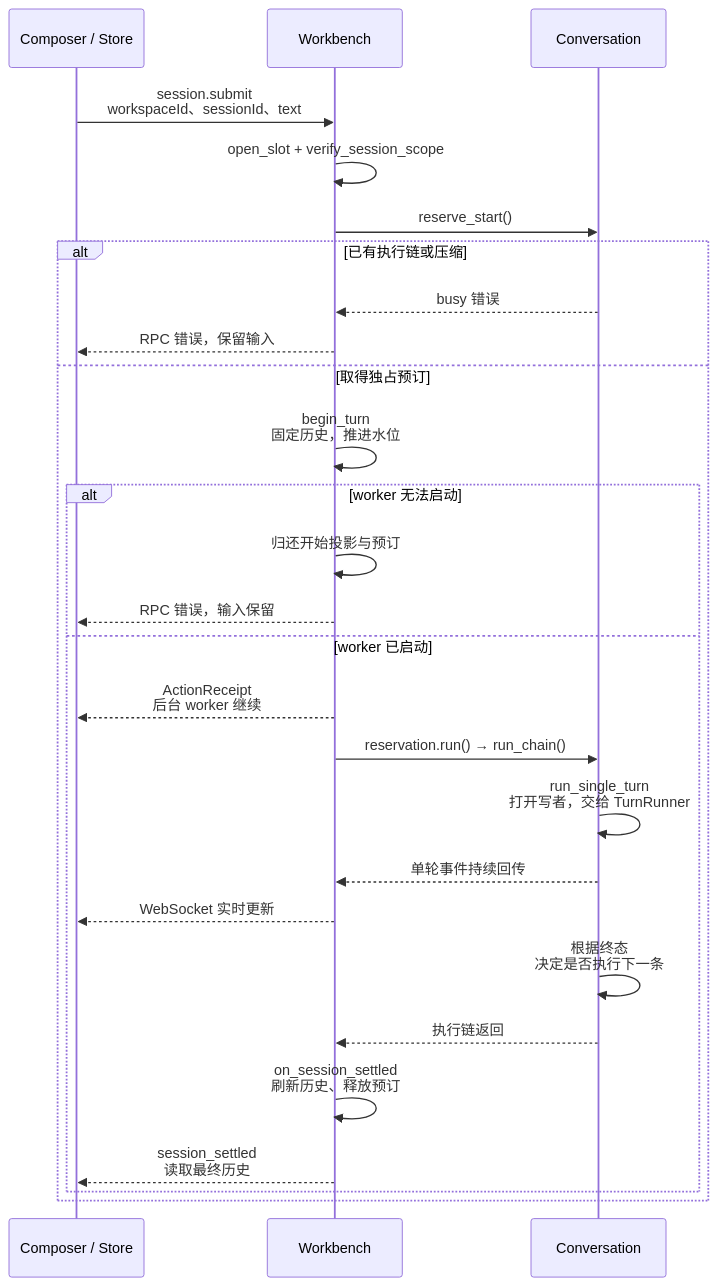
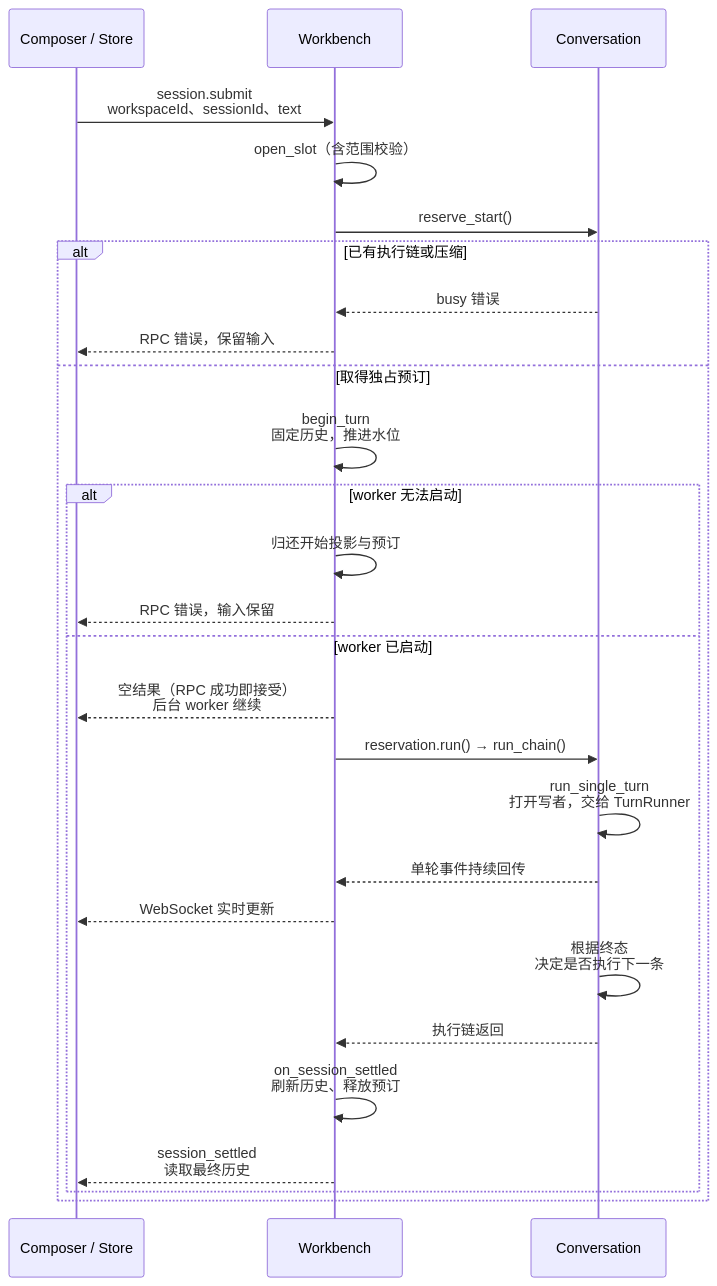
Before and after one commit to qjcnmd/singularity-agent: diagram 12 of 29 in docs/singularity.md, drawn with Mermaid. The commit also changed other lines of this file and 10 other files, not shown here.

````diff
--- a/docs/singularity.md
+++ b/docs/singularity.md
@@ -319,29 +320,29 @@
 ```mermaid
 sequenceDiagram
     participant UI as Composer / Store
     participant WB as Workbench
     participant Conv as Conversation
     UI->>WB: session.submit<br/>workspaceId、sessionId、text
-    WB->>WB: open_slot + verify_session_scope
+    WB->>WB: open_slot（含范围校验）
     WB->>Conv: reserve_start()
     alt 已有执行链或压缩
         Conv-->>WB: busy 错误
         WB-->>UI: RPC 错误，保留输入
     else 取得独占预订
         WB->>WB: begin_turn<br/>固定历史，推进水位
         alt worker 无法启动
             WB->>WB: 归还开始投影与预订
             WB-->>UI: RPC 错误，输入保留
         else worker 已启动
-            WB-->>UI: ActionReceipt<br/>后台 worker 继续
+            WB-->>UI: 空结果（RPC 成功即接受）<br/>后台 worker 继续
             WB->>Conv: reservation.run() → run_chain()
             Conv->>Conv: run_single_turn<br/>打开写者，交给 TurnRunner
             Conv-->>WB: 单轮事件持续回传
             WB-->>UI: WebSocket 实时更新
             Conv->>Conv: 根据终态<br/>决定是否执行下一条
             Conv-->>WB: 执行链返回
             WB->>WB: on_session_settled<br/>刷新历史、释放预订
             WB-->>UI: session_settled<br/>读取最终历史
         end
     end
 ```
````
